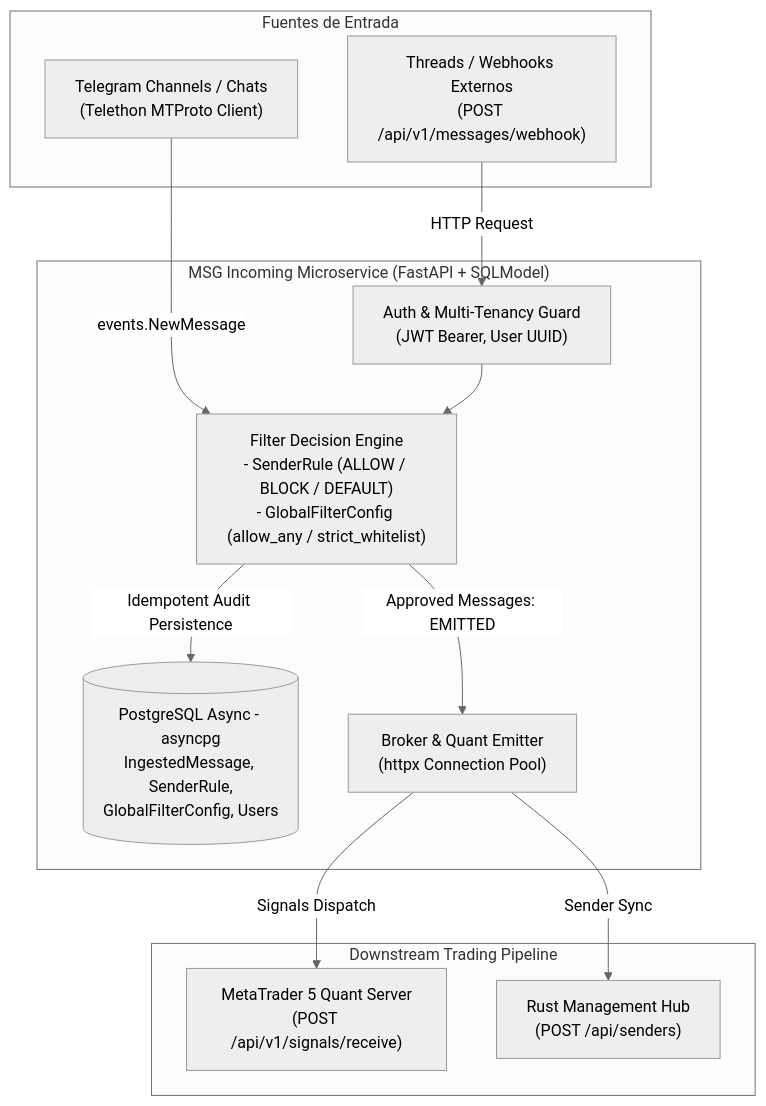
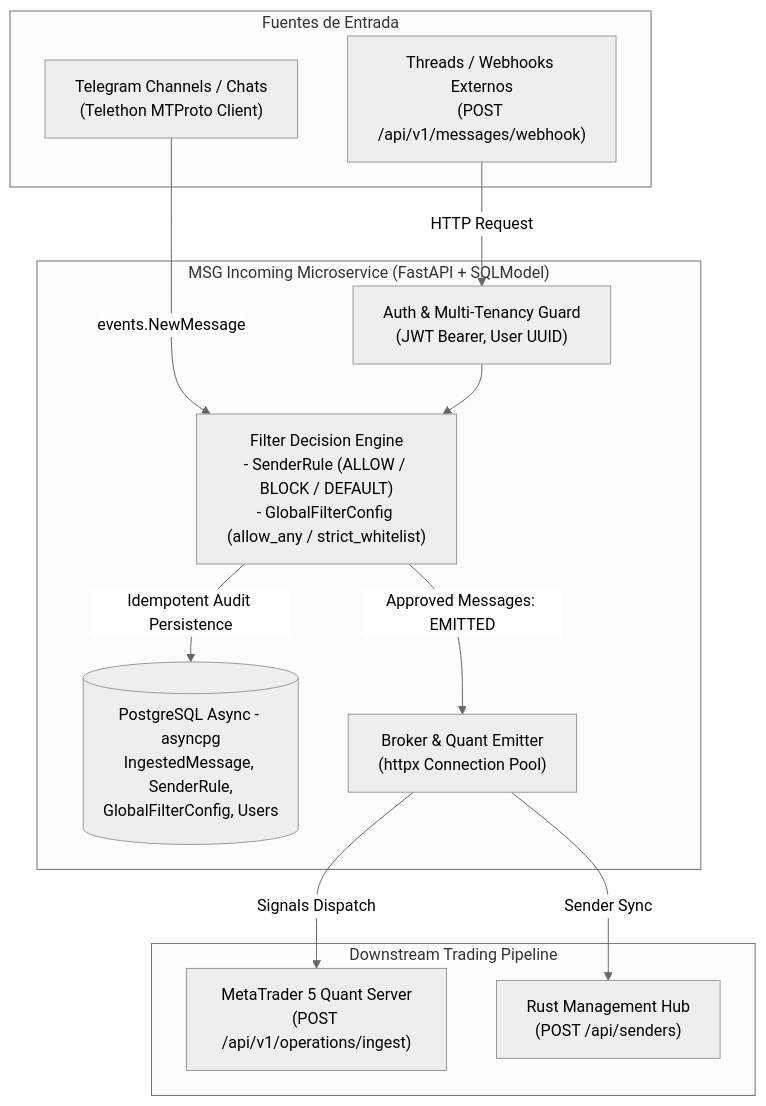
The diagram in README.md (dev-marvindjm/msg-incoming), drawn with Mermaid (neutral theme) before and after one commit. The commit also changed other lines of this file and 22 other files, not shown here.

First line of the commit message:
feat(pipeline): emit raw Telegram messages to quant operations ingest

````diff
--- a/README.md
+++ b/README.md
@@ -9,29 +9,29 @@
 ```mermaid
 flowchart TD
     subgraph Fuentes de Entrada
         TG["Telegram Channels / Chats\n(Telethon MTProto Client)"]
         TH["Threads / Webhooks Externos\n(POST /api/v1/messages/webhook)"]
     end
 
     subgraph "MSG Incoming Microservice (FastAPI + SQLModel)"
         Auth["Auth & Multi-Tenancy Guard\n(JWT Bearer, User UUID)"]
         Engine["Filter Decision Engine\n- SenderRule (ALLOW / BLOCK / DEFAULT)\n- GlobalFilterConfig (allow_any / strict_whitelist)"]
         DB[(PostgreSQL Async - asyncpg\nIngestedMessage, SenderRule,\nGlobalFilterConfig, Users)]
         Emitter["Broker & Quant Emitter\n(httpx Connection Pool)"]
     end
 
     subgraph "Downstream Trading Pipeline"
-        MT5["MetaTrader 5 Quant Server\n(POST /api/v1/signals/receive)"]
+        MT5["MetaTrader 5 Quant Server\n(POST /api/v1/operations/ingest)"]
         RustApp["Rust Management Hub\n(POST /api/senders)"]
     end
 
     TG -->|events.NewMessage| Engine
     TH -->|HTTP Request| Auth
     Auth --> Engine
 
     Engine -->|Idempotent Audit Persistence| DB
     Engine -->|Approved Messages: EMITTED| Emitter
 
     Emitter -->|Signals Dispatch| MT5
     Emitter -->|Sender Sync| RustApp
 ```
````
